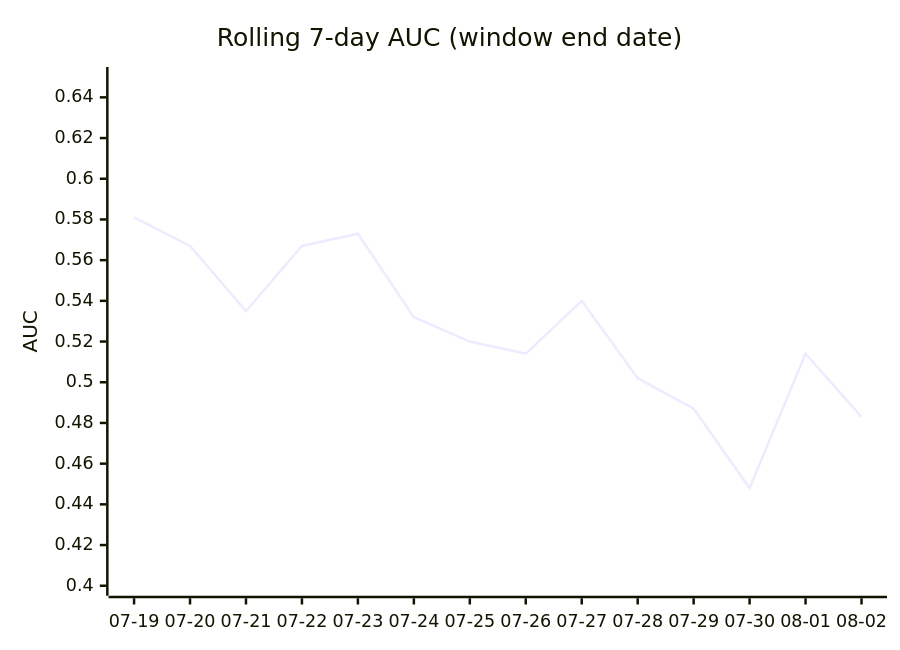
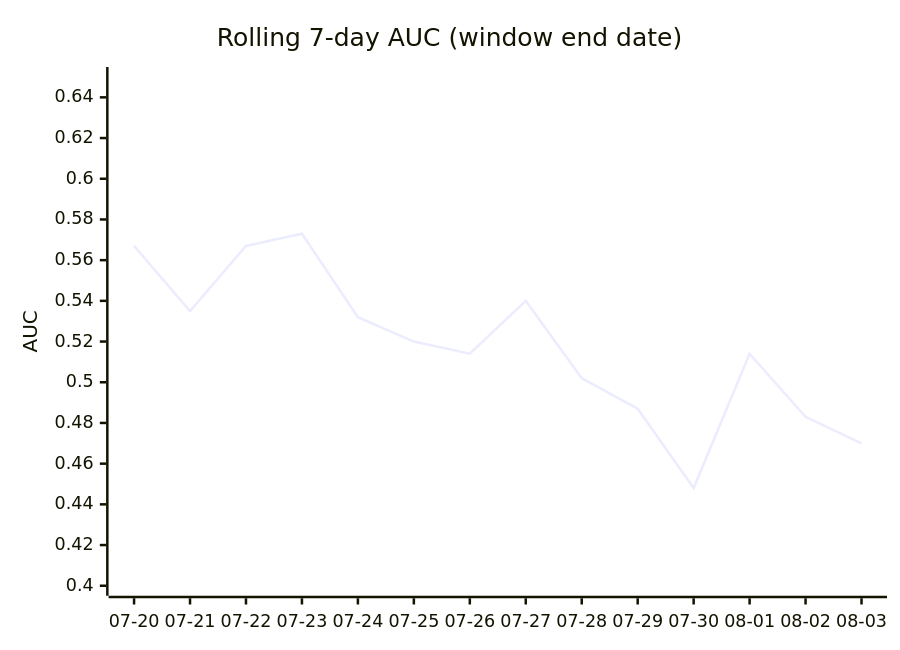
One commit to dpk1212/nhl-savant changed the third of 4 diagrams in DAILY_AGSU_REPORT.md. Above: the diagram before and after it, drawn with Mermaid. The commit also changed other lines of this file, not shown here.

````diff
--- a/DAILY_AGSU_REPORT.md
+++ b/DAILY_AGSU_REPORT.md
@@ -715,7 +712,7 @@
 ```mermaid
 xychart-beta
     title "Rolling 7-day AUC (window end date)"
-    x-axis ["07-19", "07-20", "07-21", "07-22", "07-23", "07-24", "07-25", "07-26", "07-27", "07-28", "07-29", "07-30", "08-01", "08-02"]
+    x-axis ["07-20", "07-21", "07-22", "07-23", "07-24", "07-25", "07-26", "07-27", "07-28", "07-29", "07-30", "08-01", "08-02", "08-03"]
     y-axis "AUC" 0.4 --> 0.65
-    line [0.581, 0.567, 0.535, 0.567, 0.573, 0.532, 0.52, 0.514, 0.54, 0.502, 0.487, 0.448, 0.514, 0.483]
+    line [0.567, 0.535, 0.567, 0.573, 0.532, 0.52, 0.514, 0.54, 0.502, 0.487, 0.448, 0.514, 0.483, 0.47]
 ```
````
